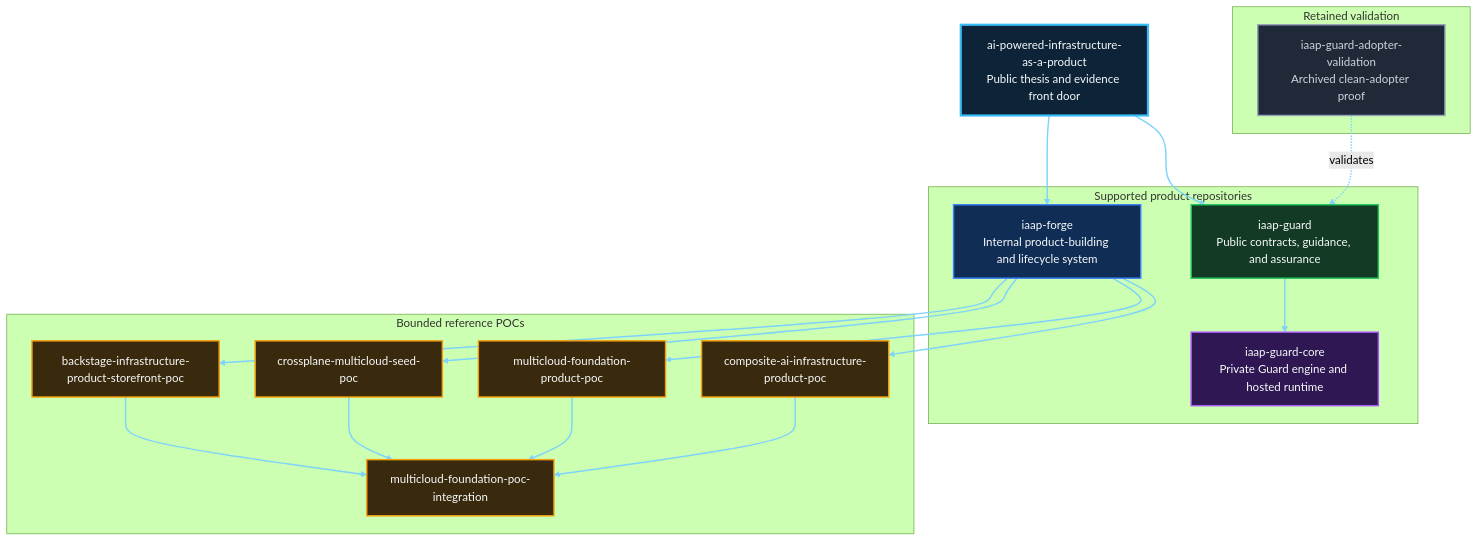
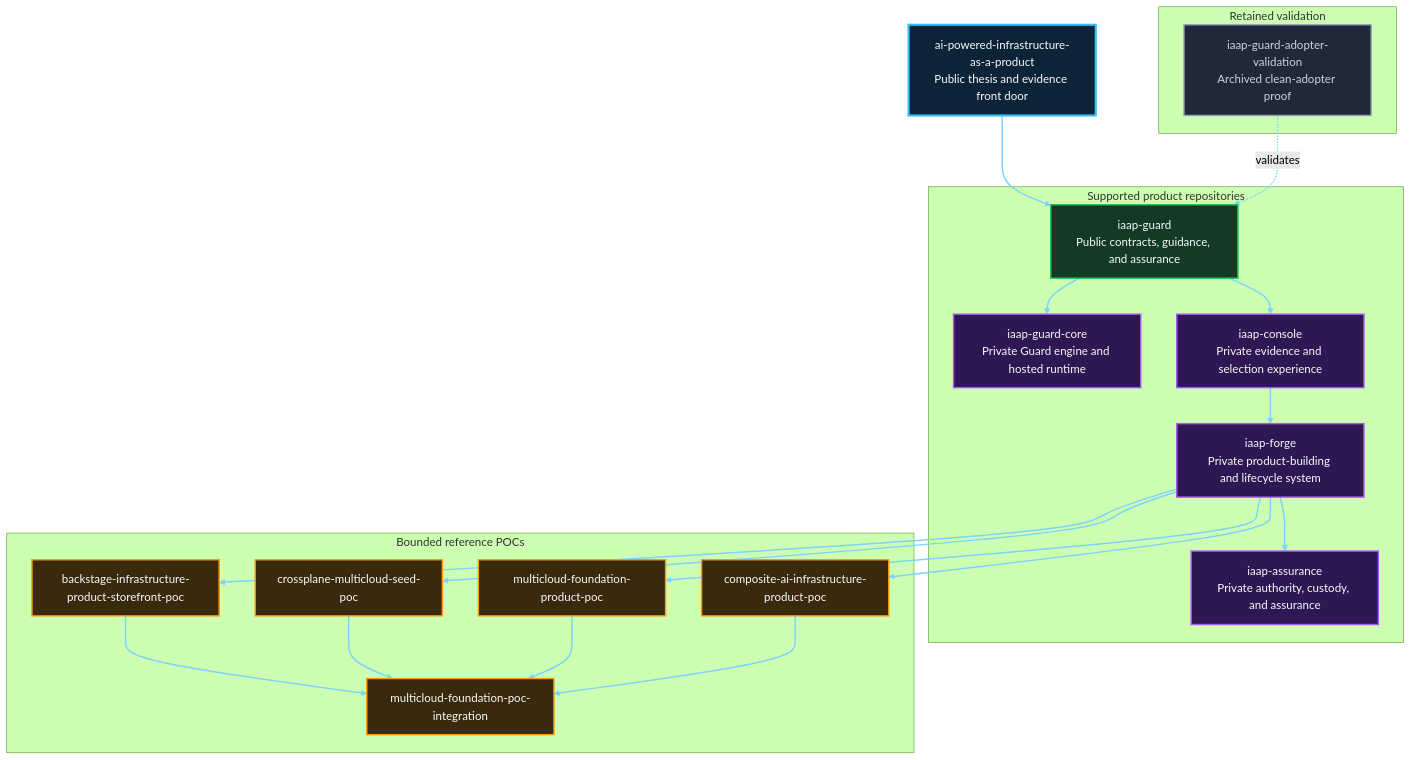
One commit to SAABOLImpactVenture/ai-powered-infrastructure-as-a-product changed the fifth of 7 diagrams in README.md. Above: the diagram before and after it, drawn with Mermaid (forest theme). The commit also changed other lines of this file and 13 other files, not shown here.

````diff
--- a/README.md
+++ b/README.md
@@ -488,50 +492,53 @@
 ```mermaid
 flowchart TB
   FRONT["ai-powered-infrastructure-as-a-product<br/>Public thesis and evidence front door"]
 
   subgraph PRODUCTS["Supported product repositories"]
     GUARD["iaap-guard<br/>Public contracts, guidance, and assurance"]
     CORE["iaap-guard-core<br/>Private Guard engine and hosted runtime"]
-    FORGE["iaap-forge<br/>Internal product-building and lifecycle system"]
+    CONSOLE["iaap-console<br/>Private evidence and selection experience"]
+    FORGE["iaap-forge<br/>Private product-building and lifecycle system"]
+    ASSURANCE["iaap-assurance<br/>Private authority, custody, and assurance"]
   end
 
   subgraph POCS["Bounded reference POCs"]
     STORE["backstage-infrastructure-product-storefront-poc"]
     SEED["crossplane-multicloud-seed-poc"]
     FOUNDATION["multicloud-foundation-product-poc"]
     COMPOSITE["composite-ai-infrastructure-product-poc"]
     INTEGRATION["multicloud-foundation-poc-integration"]
   end
 
   subgraph RETAINED["Retained validation"]
     ADOPTER["iaap-guard-adopter-validation<br/>Archived clean-adopter proof"]
   end
 
   FRONT --> GUARD
-  FRONT --> FORGE
   GUARD --> CORE
+  GUARD --> CONSOLE
+  CONSOLE --> FORGE
+  FORGE --> ASSURANCE
   FORGE --> STORE
   FORGE --> SEED
   FORGE --> FOUNDATION
   FORGE --> COMPOSITE
   STORE --> INTEGRATION
   SEED --> INTEGRATION
   FOUNDATION --> INTEGRATION
   COMPOSITE --> INTEGRATION
   ADOPTER -. validates .-> GUARD
 
   classDef front fill:#0D2438,stroke:#38BDF8,stroke-width:3px,color:#F8FAFC
   classDef public fill:#123A24,stroke:#22C55E,stroke-width:2px,color:#F8FAFC
   classDef private fill:#2E1752,stroke:#A855F7,stroke-width:2px,color:#F8FAFC
   classDef internal fill:#102D55,stroke:#3B82F6,stroke-width:2px,color:#F8FAFC
   classDef poc fill:#3A2A0D,stroke:#F59E0B,stroke-width:2px,color:#F8FAFC
   classDef archived fill:#1F2937,stroke:#94A3B8,stroke-width:2px,color:#CBD5E1
 
   class FRONT front
   class GUARD public
-  class CORE private
-  class FORGE internal
+  class CORE,CONSOLE,FORGE,ASSURANCE private
   class STORE,SEED,FOUNDATION,COMPOSITE,INTEGRATION poc
   class ADOPTER archived
   linkStyle default stroke:#7DD3FC,stroke-width:2px
 ```
````
